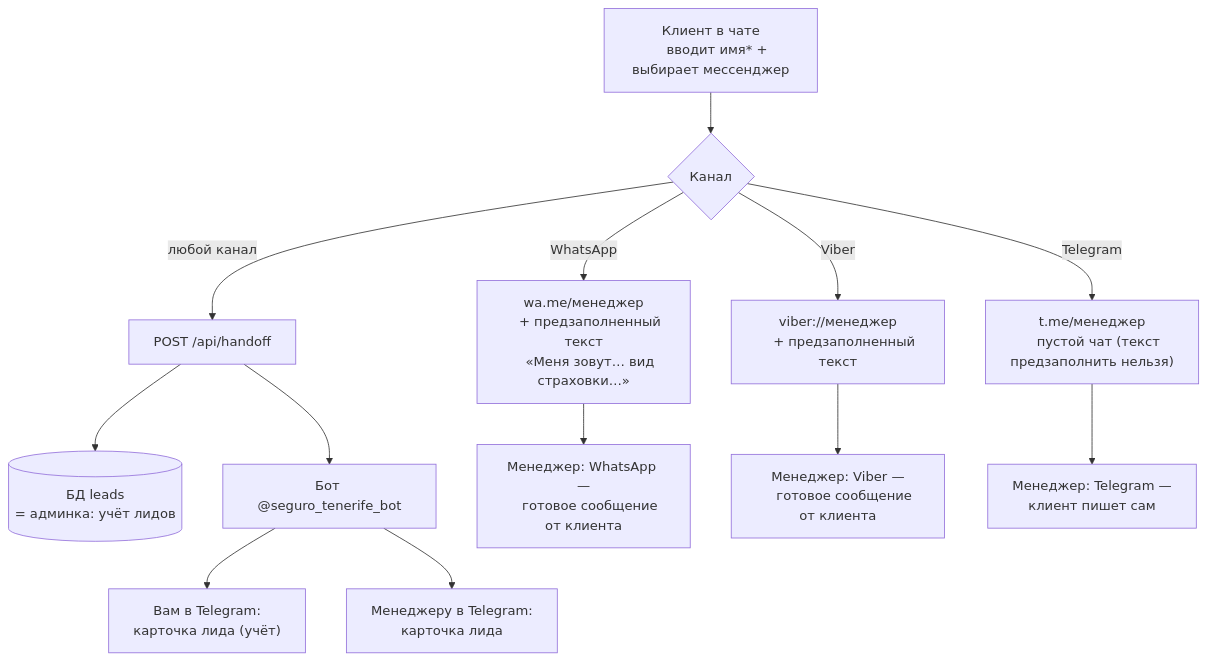
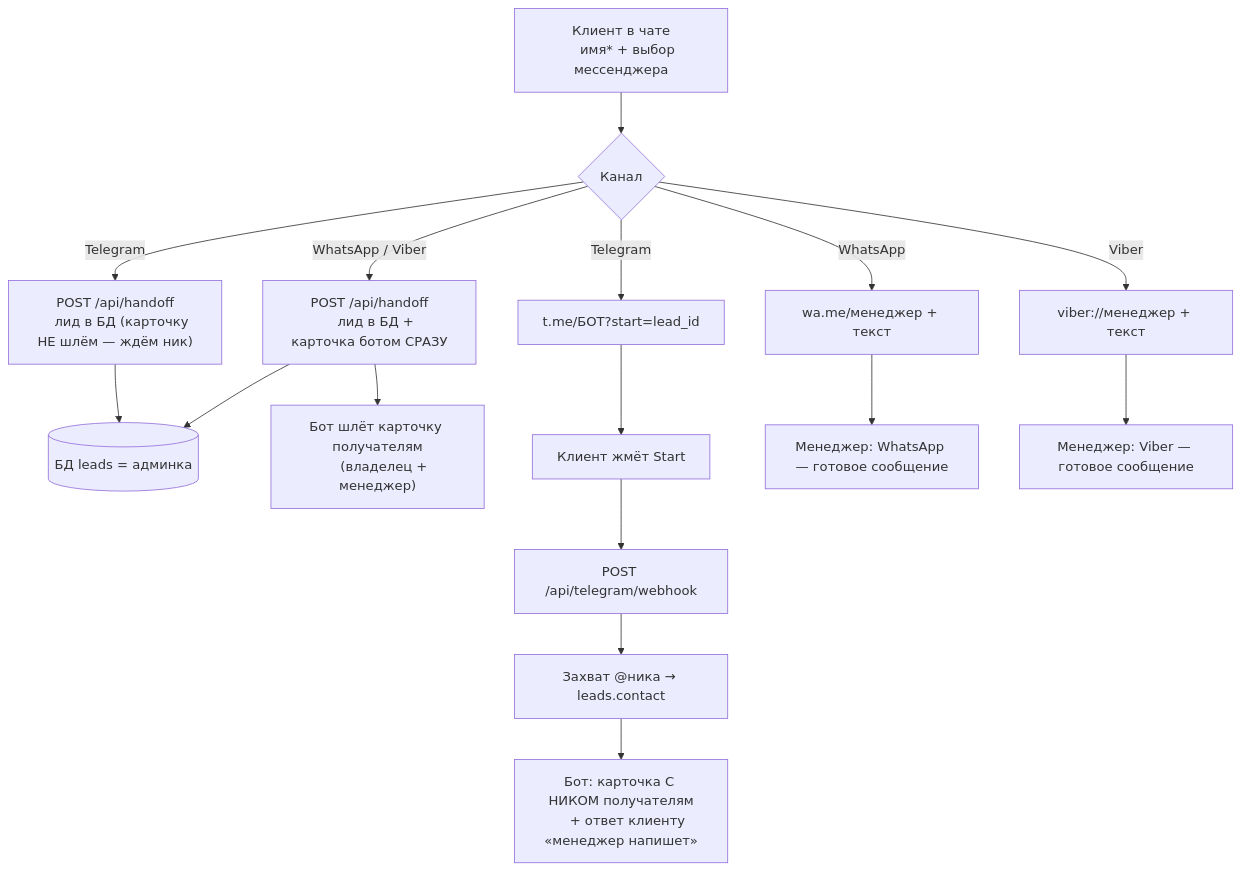
The diagram in docs/architecture/lead-flow.md (Malashkin/segurotenerife), drawn with Mermaid before and after one commit. The commit also changed other lines of this file and 1 other file, not shown here.

Commit message:
docs: схема и changelog под Telegram-флоу через бота + захват ника

````diff
--- a/docs/architecture/lead-flow.md
+++ b/docs/architecture/lead-flow.md
@@ -25,29 +30,28 @@
 ```mermaid
 flowchart TD
     U["Клиент в чате
-    вводит имя* + выбирает мессенджер"] --> H{Канал}
+    имя* + выбор мессенджера"] --> H{Канал}
 
-    H -->|любой канал| API["POST /api/handoff"]
-    API --> DB[("БД leads
-    = админка: учёт лидов")]
-    API --> BOT["Бот @seguro_tenerife_bot"]
-    BOT --> OWNER["Вам в Telegram:
-    карточка лида (учёт)"]
-    BOT --> MGRTG2["Менеджеру в Telegram:
-    карточка лида"]
+    H -->|WhatsApp / Viber| API["POST /api/handoff
+    лид в БД + карточка ботом СРАЗУ"]
+    H -->|Telegram| API2["POST /api/handoff
+    лид в БД (карточку НЕ шлём — ждём ник)"]
 
-    H -->|WhatsApp| WA["wa.me/менеджер
-    + предзаполненный текст
-    «Меня зовут… вид страховки…»"]
-    H -->|Viber| VB["viber://менеджер
-    + предзаполненный текст"]
-    H -->|Telegram| TG["t.me/менеджер
-    пустой чат (текст предзаполнить нельзя)"]
+    API --> DB[("БД leads = админка")]
+    API2 --> DB
+    API --> BOT["Бот шлёт карточку получателям
+    (владелец + менеджер)"]
 
-    WA --> MGRWA["Менеджер: WhatsApp —
-    готовое сообщение от клиента"]
-    VB --> MGRVB["Менеджер: Viber —
-    готовое сообщение от клиента"]
-    TG --> MGRTG["Менеджер: Telegram —
-    клиент пишет сам"]
+    H -->|WhatsApp| WA["wa.me/менеджер + текст"]
+    H -->|Viber| VB["viber://менеджер + текст"]
+    H -->|Telegram| TG["t.me/БОТ?start=lead_id"]
+
+    TG --> START["Клиент жмёт Start"]
+    START --> WH["POST /api/telegram/webhook"]
+    WH --> NICK["Захват @ника → leads.contact"]
+    NICK --> BOT2["Бот: карточка С НИКОМ получателям
+    + ответ клиенту «менеджер напишет»"]
+
+    WA --> MGRWA["Менеджер: WhatsApp — готовое сообщение"]
+    VB --> MGRVB["Менеджер: Viber — готовое сообщение"]
 ```
````
